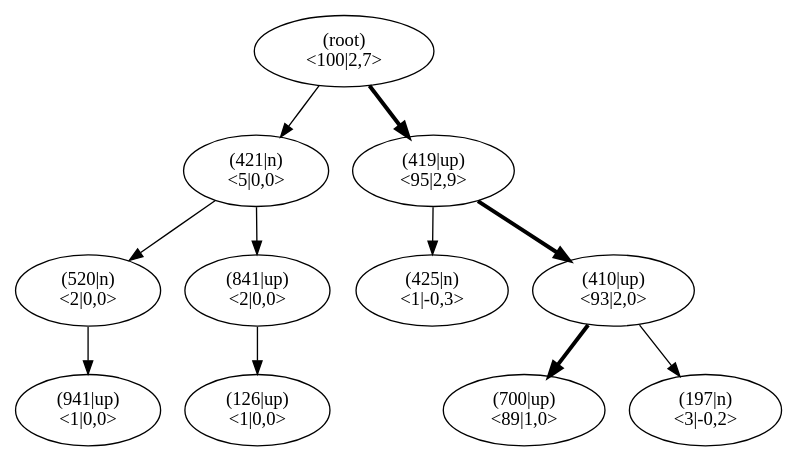
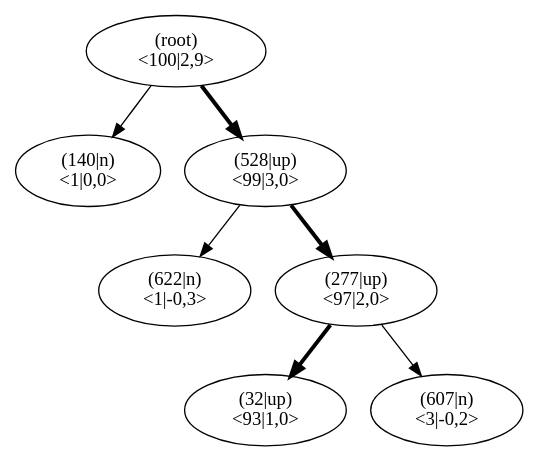
One commit to JonasHellgren/relexp-java changed the diagram in pictures/ch13/jumper_test_mcts.dot. Above: the diagram before and after it, drawn with Graphviz. The commit also changed 8 other files, not shown here.

```diff
--- a/pictures/ch13/jumper_test_mcts.dot
+++ b/pictures/ch13/jumper_test_mcts.dot
@@ -1,35 +1,23 @@
 digraph MCTS {
 node [shape=ellipse];
 Nroot [label="(root)
-<100|2,7>"];
-Nroot -> N421[penwidth=1];
-N421 [label="(421|n)
-<5|0,0>"];
-N421 -> N520[penwidth=1];
-N520 [label="(520|n)
-<2|0,0>"];
-N520 -> N941[penwidth=1];
-N941 [label="(941|up)
+<100|2,9>"];
+Nroot -> N140[penwidth=1];
+N140 [label="(140|n)
 <1|0,0>"];
-N421 -> N841[penwidth=1];
-N841 [label="(841|up)
-<2|0,0>"];
-N841 -> N126[penwidth=1];
-N126 [label="(126|up)
-<1|0,0>"];
-Nroot -> N419[penwidth=3];
-N419 [label="(419|up)
-<95|2,9>"];
-N419 -> N425[penwidth=1];
-N425 [label="(425|n)
+Nroot -> N528[penwidth=3];
+N528 [label="(528|up)
+<99|3,0>"];
+N528 -> N622[penwidth=1];
+N622 [label="(622|n)
 <1|-0,3>"];
-N419 -> N410[penwidth=3];
-N410 [label="(410|up)
-<93|2,0>"];
-N410 -> N700[penwidth=3];
-N700 [label="(700|up)
-<89|1,0>"];
-N410 -> N197[penwidth=1];
-N197 [label="(197|n)
+N528 -> N277[penwidth=3];
+N277 [label="(277|up)
+<97|2,0>"];
+N277 -> N32[penwidth=3];
+N32 [label="(32|up)
+<93|1,0>"];
+N277 -> N607[penwidth=1];
+N607 [label="(607|n)
 <3|-0,2>"];
 }
```
